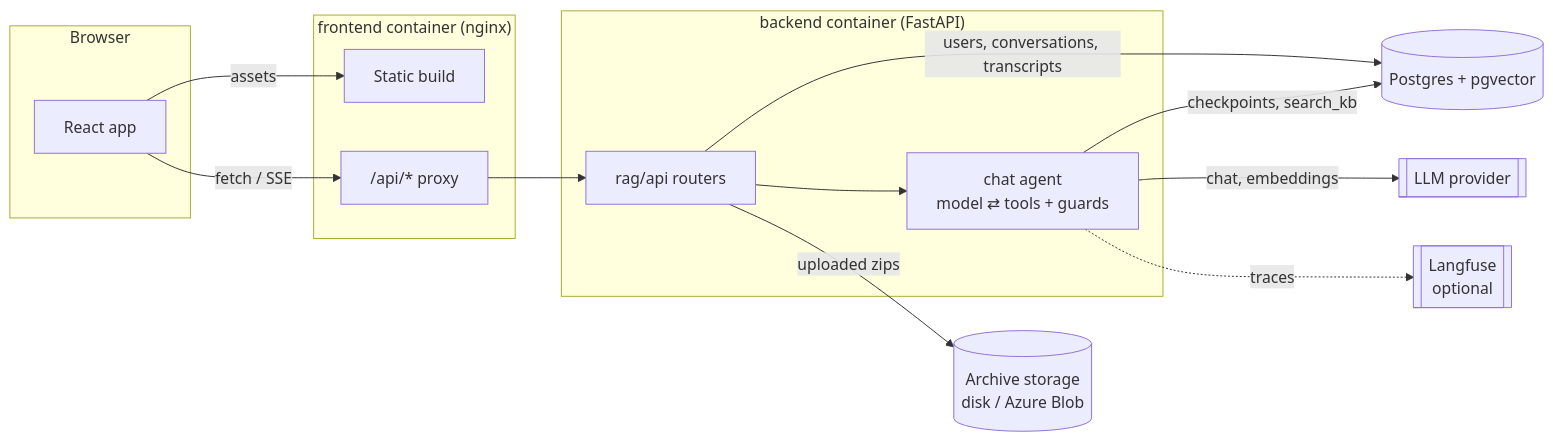
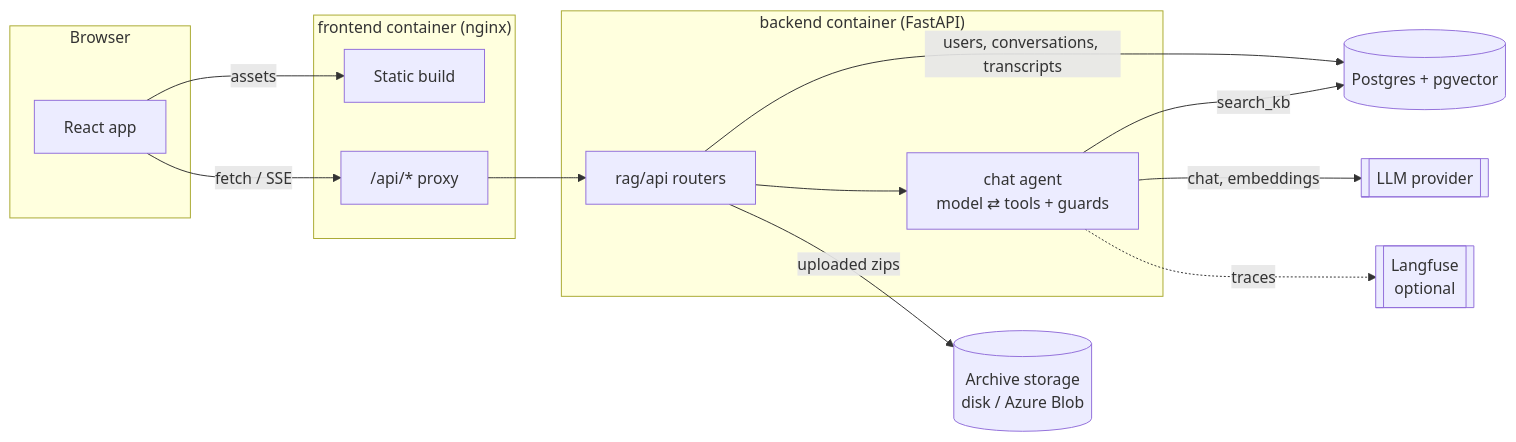
The first of 3 diagrams in docs/diagrams/architecture.md (hadifar/rag), drawn with Mermaid before and after one commit. The commit also changed 30 other files, not shown here.

````diff
--- a/docs/diagrams/architecture.md
+++ b/docs/diagrams/architecture.md
@@ -7,31 +7,31 @@
 ```mermaid
 graph LR
     subgraph browser[Browser]
         ui[React app]
     end
 
     subgraph frontendc["frontend container (nginx)"]
         static[Static build]
         proxy["/api/* proxy"]
     end
 
     subgraph backendc["backend container (FastAPI)"]
         api[rag/api routers]
         agent["chat agent<br/>model ⇄ tools + guards"]
     end
 
     postgres[(Postgres + pgvector)]
     archives[(Archive storage<br/>disk / Azure Blob)]
     llm[[LLM provider]]
     langfuse[[Langfuse<br/>optional]]
 
     ui -->|assets| static
     ui -->|fetch / SSE| proxy
     proxy --> api
     api -->|users, conversations, transcripts| postgres
     api -->|uploaded zips| archives
     api --> agent
-    agent -->|checkpoints, search_kb| postgres
+    agent -->|search_kb| postgres
     agent -->|chat, embeddings| llm
     agent -.->|traces| langfuse
 ```
````
